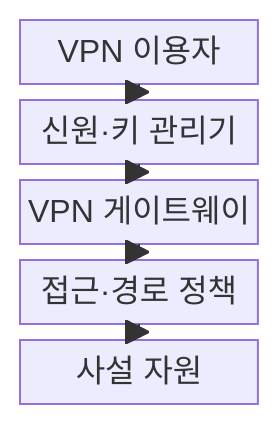
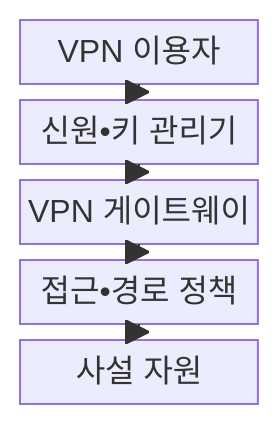
Before and after one commit to agnusdei1207/knowledge-base: the first of 2 diagrams in src/content/docs/notes/04-network/089_vpn.md, drawn with Mermaid. The commit also changed other lines of this file and 953 other files, not shown here.

````diff
--- a/src/content/docs/notes/04-network/089_vpn.md
+++ b/src/content/docs/notes/04-network/089_vpn.md
@@ -64,13 +64,13 @@
 ```mermaid
 block-beta
     columns 1
     USER["VPN 이용자"]
-    IDENTITY["신원·키 관리기"]
+    IDENTITY["신원•키 관리기"]
     GATEWAY["VPN 게이트웨이"]
-    POLICY["접근·경로 정책"]
+    POLICY["접근•경로 정책"]
     RESOURCE["사설 자원"]
     USER --> IDENTITY
     IDENTITY --> GATEWAY
     GATEWAY --> POLICY
     POLICY --> RESOURCE
 ```
````
